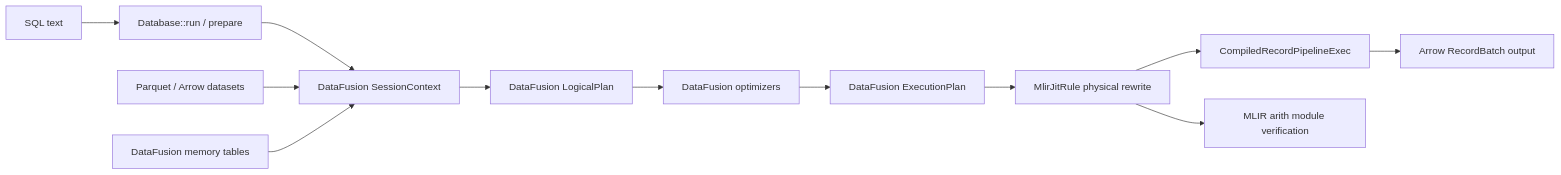
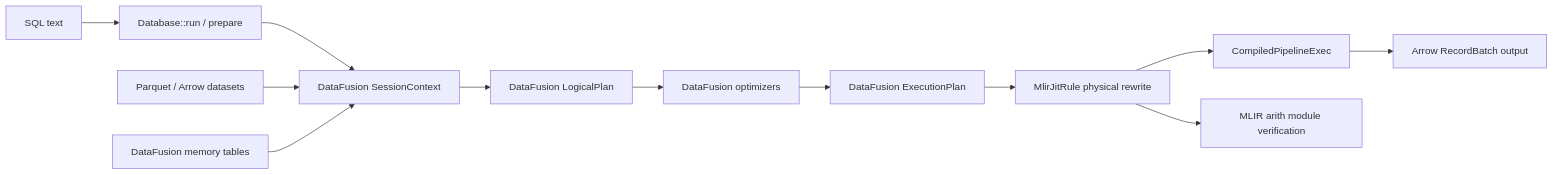
Before and after one commit to feichai0017/QuillSQL: the diagram in docs/src/architecture.md, drawn with Mermaid. The commit also changed other lines of this file and 25 other files, not shown here.

````diff
--- a/docs/src/architecture.md
+++ b/docs/src/architecture.md
@@ -10,15 +10,15 @@
 ```mermaid
 flowchart LR
     SQL["SQL text"] --> DB["Database::run / prepare"]
     DB --> DF["DataFusion SessionContext"]
     DF --> Logical["DataFusion LogicalPlan"]
     Logical --> Optimized["DataFusion optimizers"]
     Optimized --> Physical["DataFusion ExecutionPlan"]
     Physical --> JITRule["MlirJitRule physical rewrite"]
-    JITRule --> CompiledExec["CompiledRecordPipelineExec"]
+    JITRule --> CompiledExec["CompiledPipelineExec"]
     CompiledExec --> Arrow["Arrow RecordBatch output"]
 
     Parquet["Parquet / Arrow datasets"] --> DF
     Memory["DataFusion memory tables"] --> DF
     JITRule --> MLIR["MLIR arith module verification"]
 ```
````
